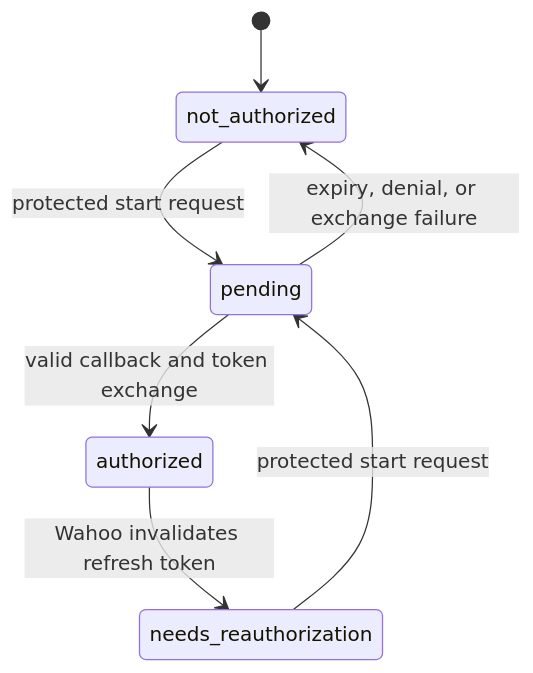
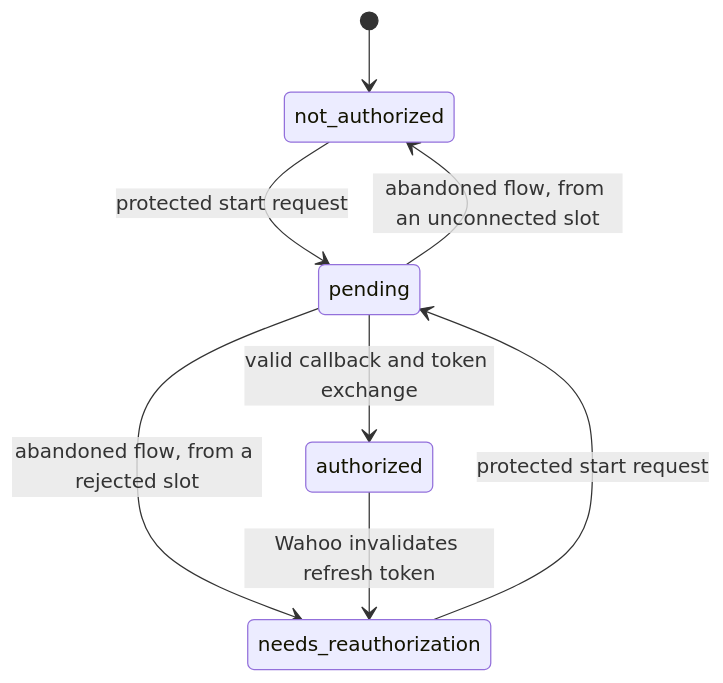
One commit to nobbs/domestique changed the first of 2 diagrams in docs/specs/sync-lifecycle.md. Above: the diagram before and after it, drawn with Mermaid. The commit also changed other lines of this file and 11 other files, not shown here.

```diff
--- a/docs/specs/sync-lifecycle.md
+++ b/docs/specs/sync-lifecycle.md
@@ -97,9 +106,10 @@
 ~~~mermaid
 stateDiagram-v2
     [*] --> not_authorized
     not_authorized --> pending: protected start request
     pending --> authorized: valid callback and token exchange
-    pending --> not_authorized: expiry, denial, or exchange failure
+    pending --> not_authorized: abandoned flow, from an unconnected slot
+    pending --> needs_reauthorization: abandoned flow, from a rejected slot
     authorized --> needs_reauthorization: Wahoo invalidates refresh token
     needs_reauthorization --> pending: protected start request
 ~~~
```
